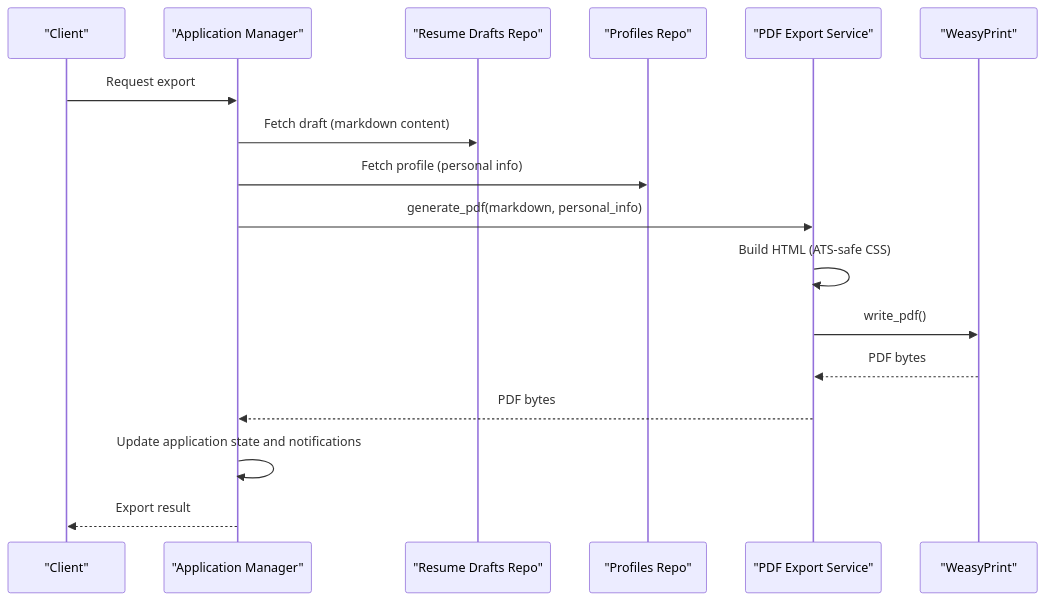
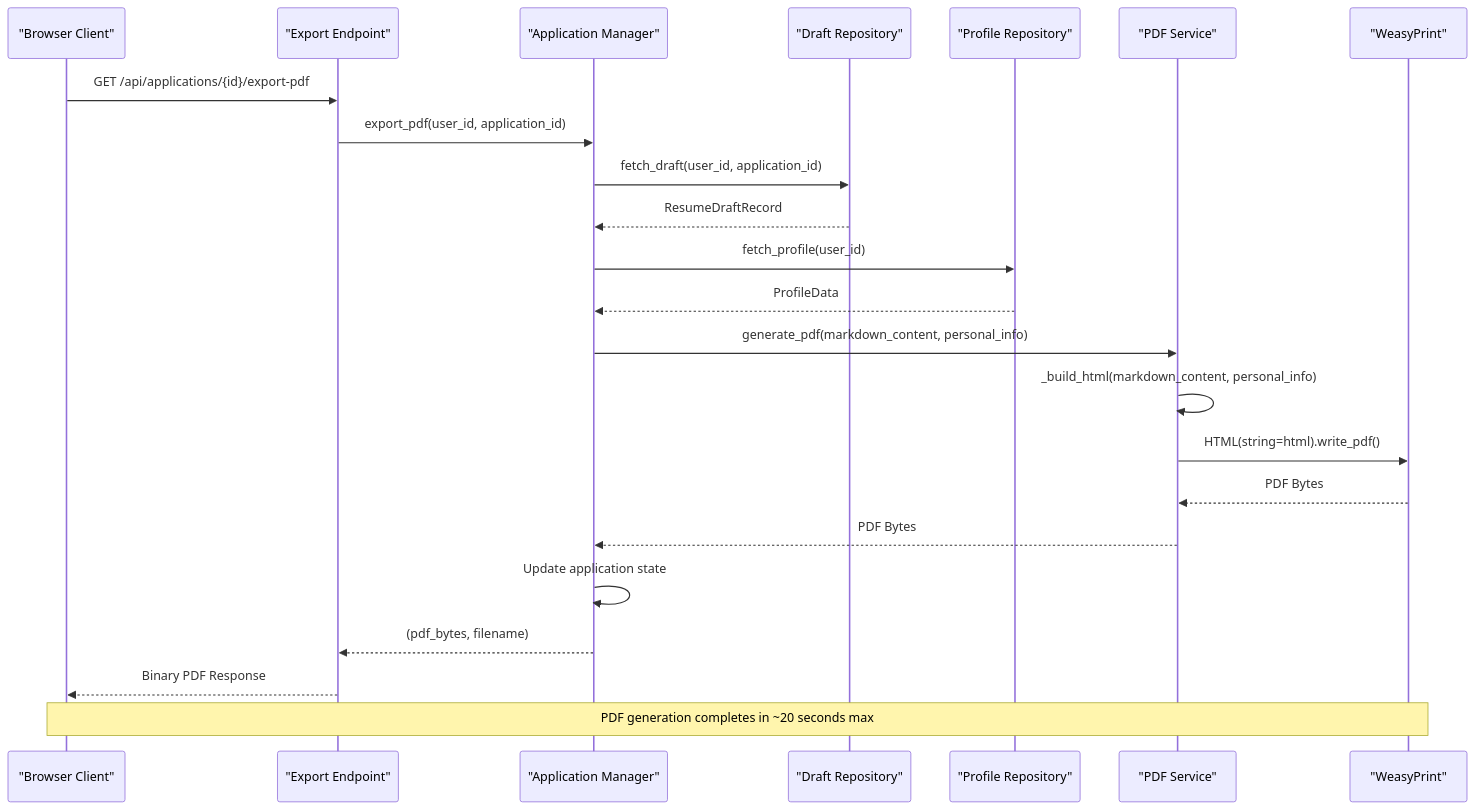
One commit to sankaL/resume-app changed the second of 2 diagrams in .qoder/repowiki/en/content/Backend API/Service Layer/PDF Export Service.md. Above: the diagram before and after it, drawn with Mermaid. The commit also changed other lines of this file and 19 other files, not shown here.

````diff
--- a/.qoder/repowiki/en/content/Backend API/Service Layer/PDF Export Service.md
+++ b/.qoder/repowiki/en/content/Backend API/Service Layer/PDF Export Service.md
@@ -136,19 +120,25 @@
 ```mermaid
 sequenceDiagram
-participant Client as "Client"
-participant AM as "Application Manager"
-participant RD as "Resume Drafts Repo"
-participant PR as "Profiles Repo"
-participant PEX as "PDF Export Service"
-participant WP as "WeasyPrint"
-Client->>AM : Request export
-AM->>RD : Fetch draft (markdown content)
-AM->>PR : Fetch profile (personal info)
-AM->>PEX : generate_pdf(markdown, personal_info)
-PEX->>PEX : Build HTML (ATS-safe CSS)
-PEX->>WP : write_pdf()
-WP-->>PEX : PDF bytes
-PEX-->>AM : PDF bytes
-AM->>AM : Update application state and notifications
-AM-->>Client : Export result
+participant Client as "Browser Client"
+participant API as "Export Endpoint"
+participant Service as "Application Manager"
+participant Draft as "Draft Repository"
+participant Profile as "Profile Repository"
+participant PDF as "PDF Service"
+participant Weasy as "WeasyPrint"
+Client->>API : GET /api/applications/{id}/export-pdf
+API->>Service : export_pdf(user_id, application_id)
+Service->>Draft : fetch_draft(user_id, application_id)
+Draft-->>Service : ResumeDraftRecord
+Service->>Profile : fetch_profile(user_id)
+Profile-->>Service : ProfileData
+Service->>PDF : generate_pdf(markdown_content, personal_info)
+PDF->>PDF : _build_html(markdown_content, personal_info)
+PDF->>Weasy : HTML(string=html).write_pdf()
+Weasy-->>PDF : PDF Bytes
+PDF-->>Service : PDF Bytes
+Service->>Service : Update application state
+Service-->>API : (pdf_bytes, filename)
+API-->>Client : Binary PDF Response
+Note over Client,Weasy : PDF generation completes in ~20 seconds max
 ```
````
